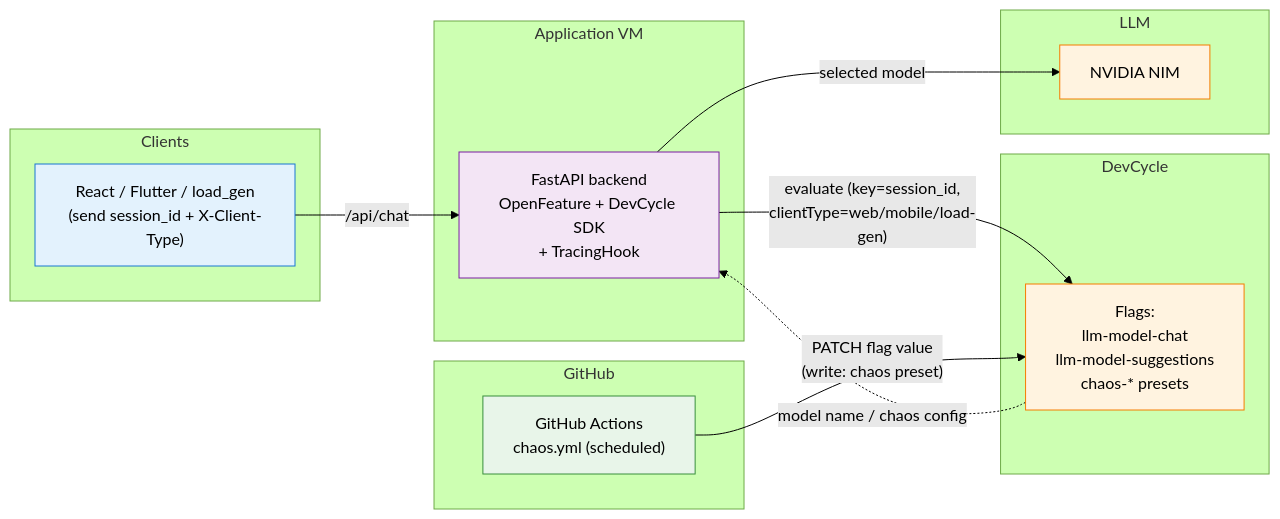
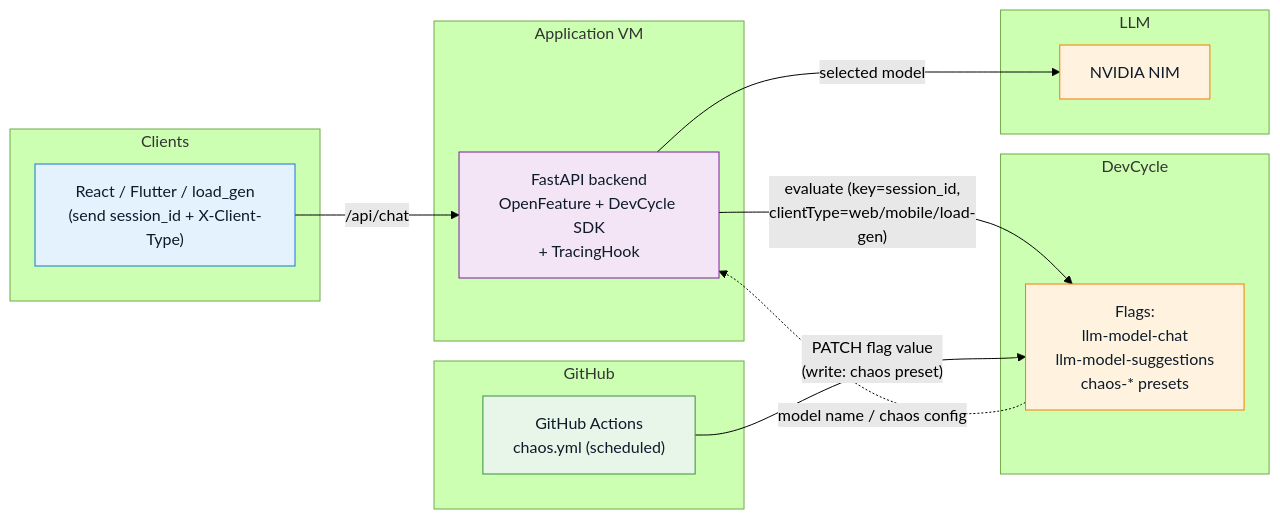
The second of 4 diagrams in docs/diagrams.md (clydeanderson-dt/nvidia-chatbot), drawn with Mermaid (forest theme) before and after one commit. The commit also changed other lines of this file, not shown here.

````diff
--- a/docs/diagrams.md
+++ b/docs/diagrams.md
@@ -67,38 +67,38 @@
 ```mermaid
 flowchart LR
     subgraph clients["Clients"]
         client["React / Flutter / load_gen<br/>(send session_id + X-Client-Type)"]
     end
 
     subgraph ga["GitHub"]
         gha["GitHub Actions<br/>chaos.yml (scheduled)"]
     end
 
     subgraph vm["Application VM"]
         backend["FastAPI backend<br/>OpenFeature + DevCycle SDK<br/>+ TracingHook"]
     end
 
     subgraph dc["DevCycle"]
         flags["Flags:<br/>llm-model-chat<br/>llm-model-suggestions<br/>chaos-* presets"]
     end
 
     subgraph llm["LLM"]
         nim["NVIDIA NIM"]
     end
 
     client -- "/api/chat" --> backend
     backend -- "evaluate (key=session_id,<br/>clientType=web/mobile/load-gen)" --> flags
     flags -. "model name / chaos config" .-> backend
     backend -- "selected model" --> nim
 
     gha -- "PATCH flag value<br/>(write: chaos preset)" --> flags
 
-    classDef client fill:#e3f2fd,stroke:#1976d2
-    classDef infra fill:#f3e5f5,stroke:#7b1fa2
-    classDef external fill:#fff3e0,stroke:#f57c00
-    classDef ci fill:#e8f5e9,stroke:#388e3c
+    classDef client fill:#e3f2fd,stroke:#1976d2,color:#0d1b2a
+    classDef infra fill:#f3e5f5,stroke:#7b1fa2,color:#0d1b2a
+    classDef external fill:#fff3e0,stroke:#f57c00,color:#0d1b2a
+    classDef ci fill:#e8f5e9,stroke:#388e3c,color:#0d1b2a
     class client client
     class backend infra
     class flags,nim external
     class gha ci
 ```
````
